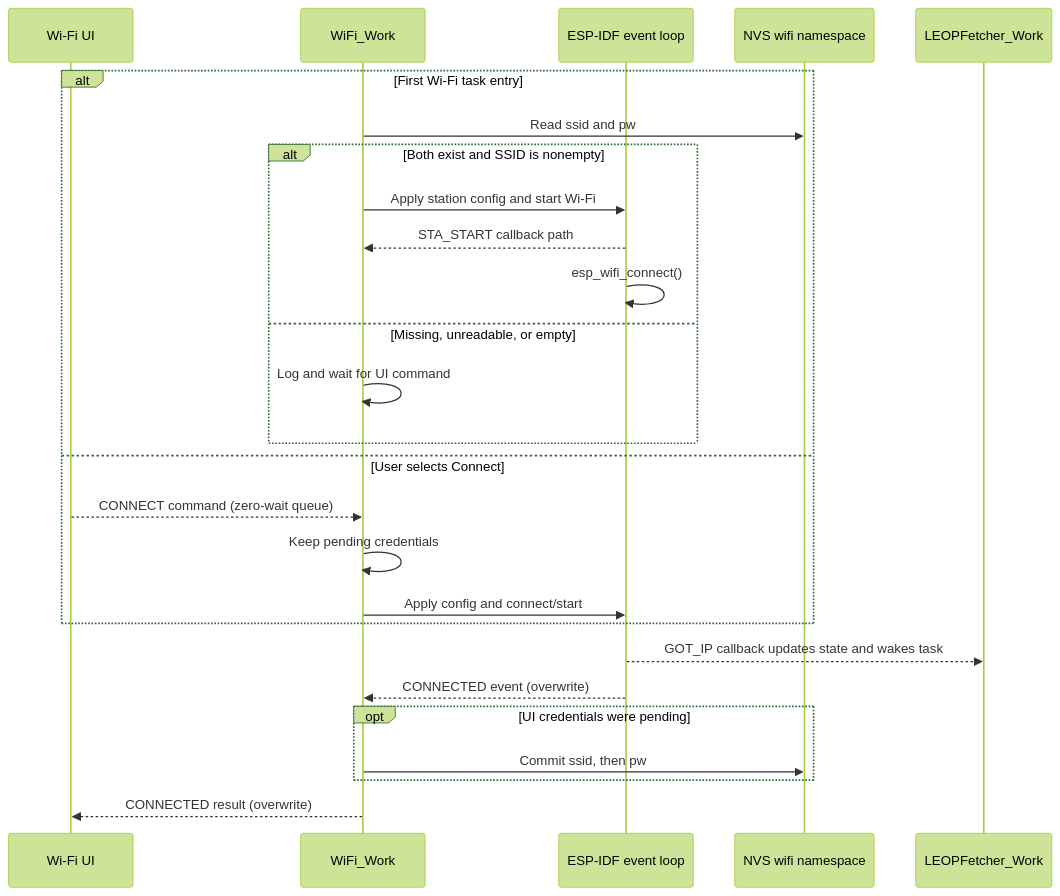
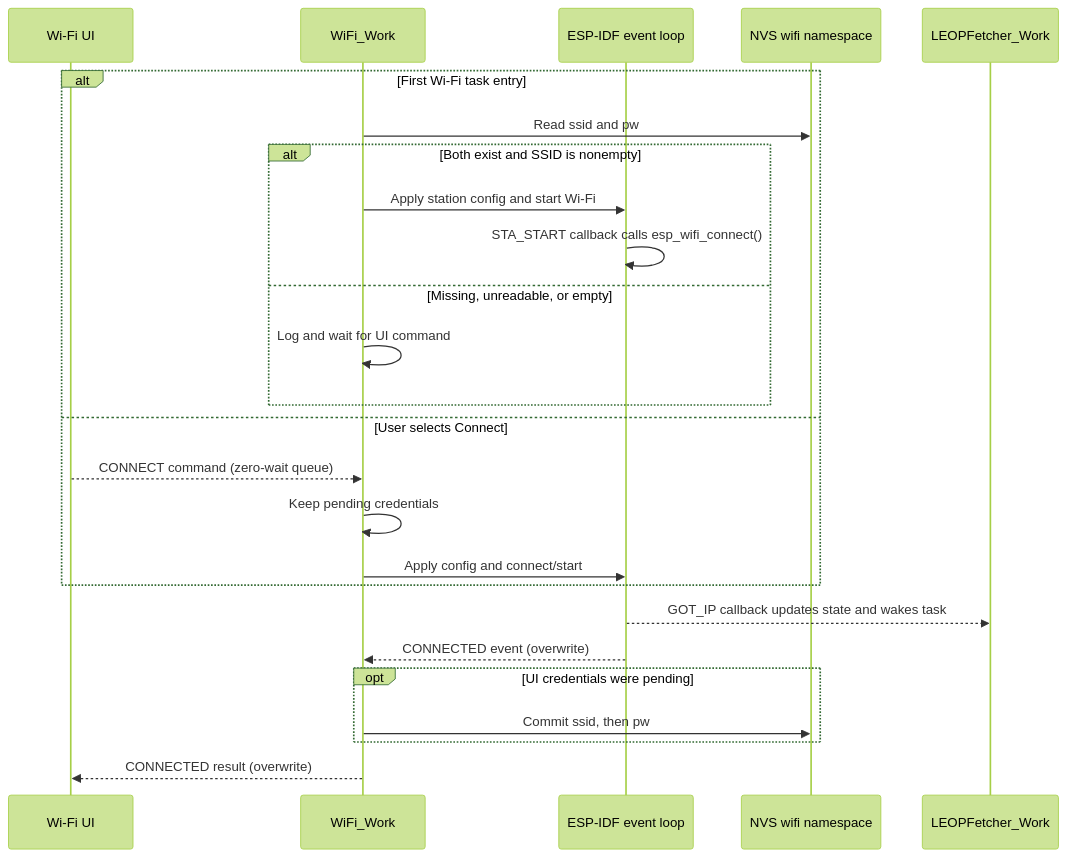
The second of 5 diagrams in docs/connectivity.md (keseboleliasteliacom/14_LVGL_BTN), drawn with Mermaid (forest theme) before and after one commit. The commit also changed other lines of this file and 11 other files, not shown here.

````diff
--- a/docs/connectivity.md
+++ b/docs/connectivity.md
@@ -63,29 +63,28 @@
 ```mermaid
 sequenceDiagram
     participant UI as Wi-Fi UI
     participant WT as WiFi_Work
     participant IDF as ESP-IDF event loop
     participant NVS as NVS wifi namespace
     participant LEOP as LEOPFetcher_Work
 
     alt First Wi-Fi task entry
         WT->>NVS: Read ssid and pw
         alt Both exist and SSID is nonempty
             WT->>IDF: Apply station config and start Wi-Fi
-            IDF-->>WT: STA_START callback path
-            IDF->>IDF: esp_wifi_connect()
+            IDF->>IDF: STA_START callback calls esp_wifi_connect()
         else Missing, unreadable, or empty
             WT->>WT: Log and wait for UI command
         end
     else User selects Connect
         UI-->>WT: CONNECT command (zero-wait queue)
         WT->>WT: Keep pending credentials
         WT->>IDF: Apply config and connect/start
     end
     IDF-->>LEOP: GOT_IP callback updates state and wakes task
     IDF-->>WT: CONNECTED event (overwrite)
     opt UI credentials were pending
         WT->>NVS: Commit ssid, then pw
     end
     WT-->>UI: CONNECTED result (overwrite)
 ```
````
